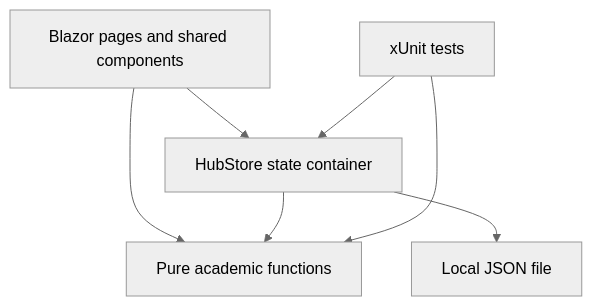
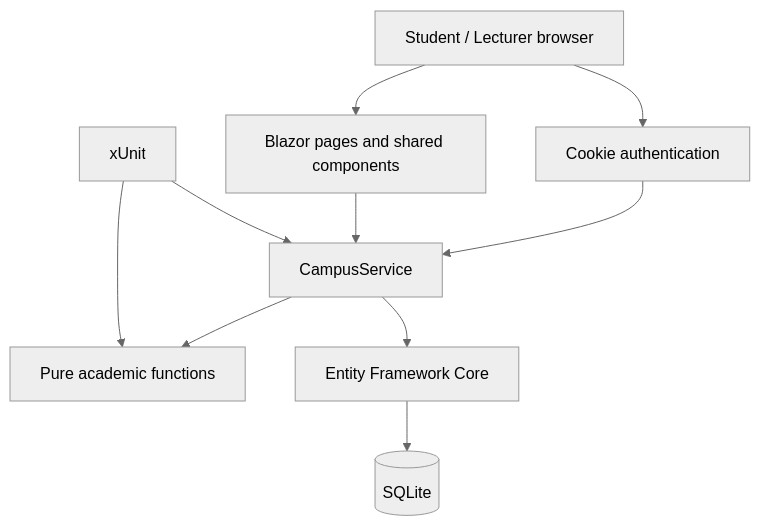
Before and after one commit to N29dev/StudentHub: the first of 2 diagrams in docs/defense.md, drawn with Mermaid (neutral theme). The commit also changed other lines of this file and 22 other files, not shown here.

Commit message:
Add student and lecturer accounts, group workspace and SQLite storage

````diff
--- a/docs/defense.md
+++ b/docs/defense.md
@@ -15,9 +15,12 @@
 ```mermaid
 flowchart TD
-    UI[Blazor pages and shared components] --> Store[HubStore state container]
-    UI --> Core[Pure academic functions]
-    Store --> Core[Pure academic functions]
-    Store --> JSON[Local JSON file]
-    Tests[xUnit tests] --> Core
-    Tests --> Store
+    Browser[Student / Lecturer browser] --> Auth[Cookie authentication]
+    Browser --> UI[Blazor pages and shared components]
+    Auth --> Service[CampusService]
+    UI --> Service
+    Service --> Core[Pure academic functions]
+    Service --> EF[Entity Framework Core]
+    EF --> SQLite[(SQLite)]
+    Tests[xUnit] --> Core
+    Tests --> Service
 ```
````
